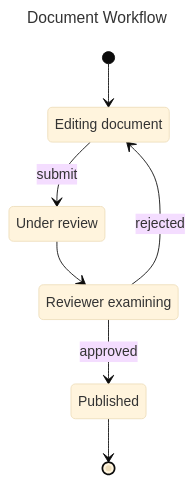
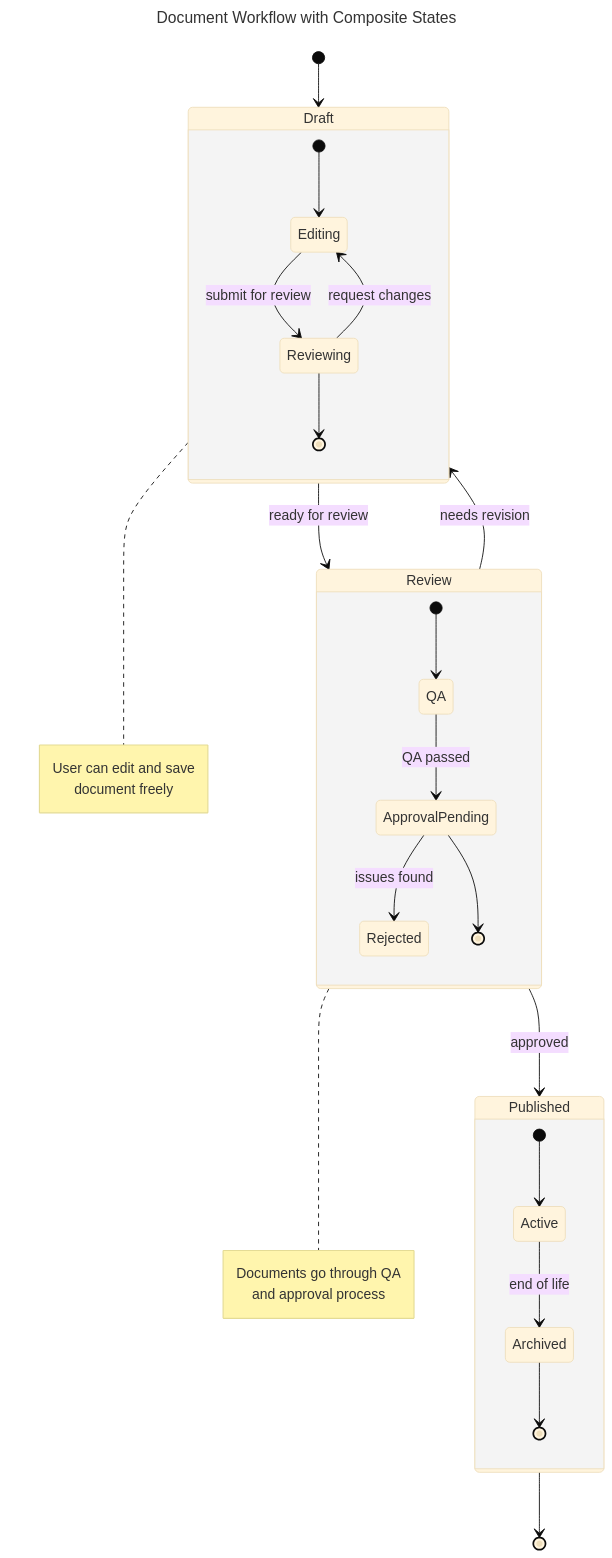
The diagram in examples/state/workflow.mmd (mark3labs/mergo), drawn with Mermaid (base theme) before and after one commit. The commit also changed 45 other files, not shown here.

```diff
--- a/examples/state/workflow.mmd
+++ b/examples/state/workflow.mmd
@@ -1,13 +1,44 @@
 ---
-title: Document Workflow
+title: Document Workflow with Composite States
 ---
 stateDiagram-v2
-[*] --> Draft
-Draft : Editing document
-Draft --> Submitted : submit
-Submitted : Under review
-Submitted --> Review
-Review : Reviewer examining
-Review --> Published : approved
-Review --> Draft : rejected
-Published --> [*]
+    direction TB
+
+    [*] --> Draft
+
+    state Draft {
+        [*] --> Editing
+        Editing --> Reviewing : submit for review
+        Reviewing --> Editing : request changes
+        Reviewing --> [*]
+    }
+
+    state Review {
+        [*] --> QA
+        QA --> ApprovalPending : QA passed
+        ApprovalPending --> Rejected : issues found
+        ApprovalPending --> [*]
+    }
+
+    Draft --> Review : ready for review
+
+    Review --> Published : approved
+    Review --> Draft : needs revision
+
+    state Published {
+        [*] --> Active
+        Active --> Archived : end of life
+        Archived --> [*]
+    }
+
+    Published --> [*]
+
+    note right of Draft
+        User can edit and save
+        document freely
+    end note
+
+    note right of Review
+        Documents go through QA
+        and approval process
+    end note
```
